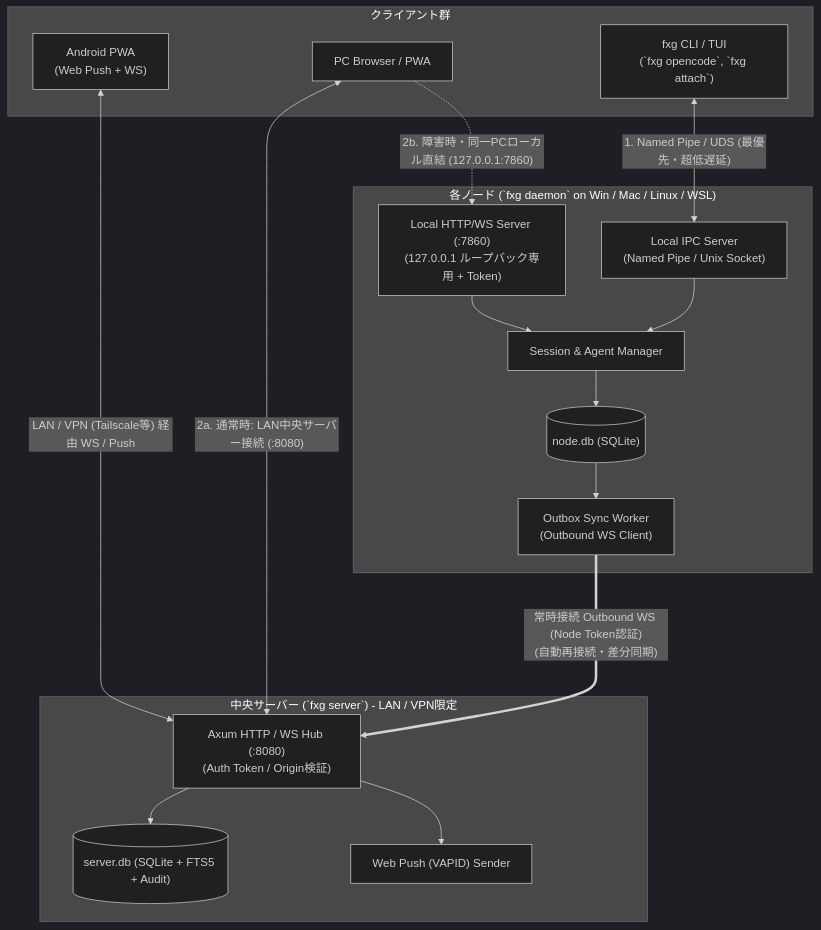
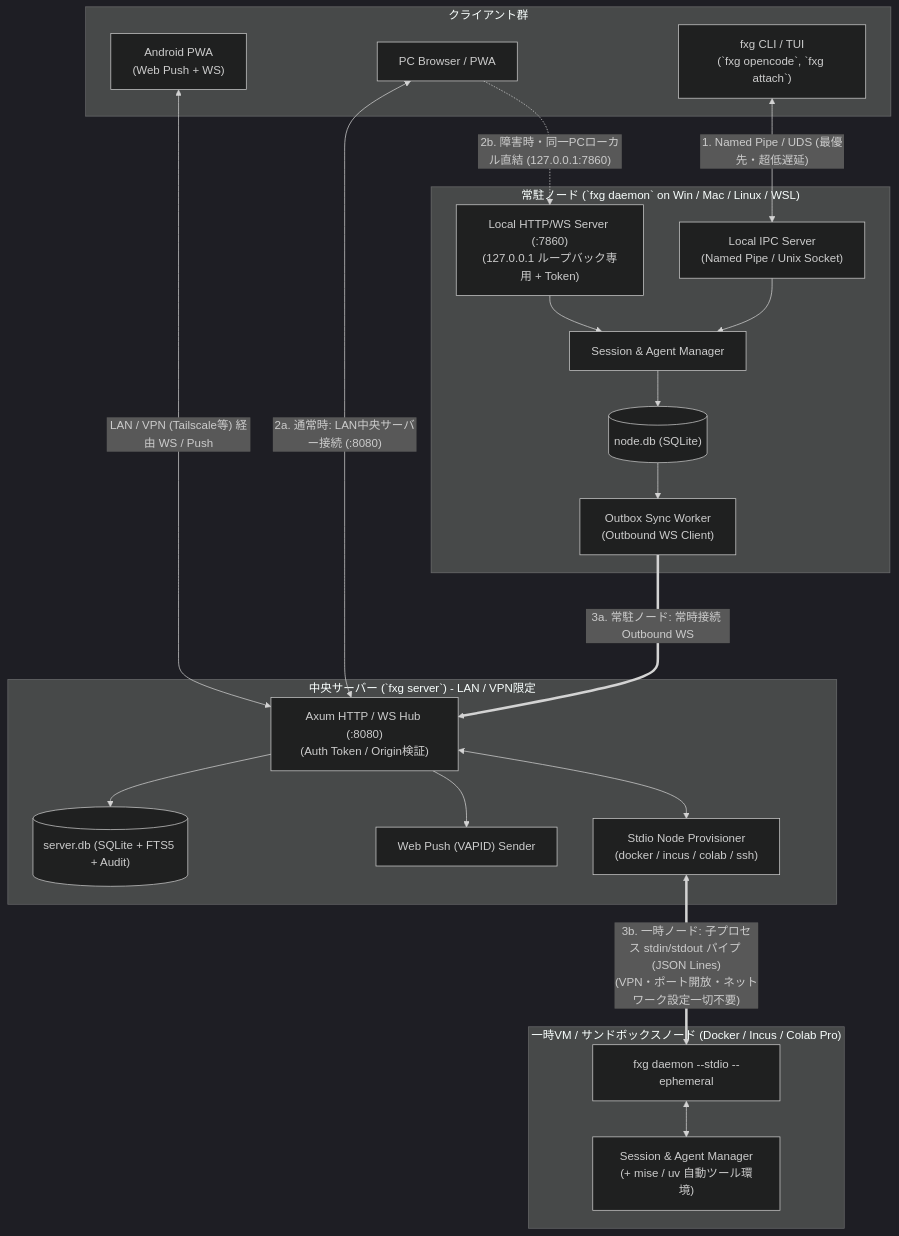
Before and after one commit to nazo6/flexagent: the first of 3 diagrams in docs/01-architecture-and-sync.md, drawn with Mermaid (dark theme). The commit also changed other lines of this file and 5 other files, not shown here.

````diff
--- a/docs/01-architecture-and-sync.md
+++ b/docs/01-architecture-and-sync.md
@@ -10,35 +10,44 @@
 ```mermaid
 flowchart TB
     subgraph Clients["クライアント群"]
         AndroidPWA["Android PWA<br/>(Web Push + WS)"]
         Browser["PC Browser / PWA"]
         CLI["fxg CLI / TUI<br/>(`fxg opencode`, `fxg attach`)"]
     end
 
     subgraph Central["中央サーバー (`fxg server`) - LAN / VPN限定"]
         Hub["Axum HTTP / WS Hub (:8080)<br/>(Auth Token / Origin検証)"]
+        Prov["Stdio Node Provisioner<br/>(docker / incus / colab / ssh)"]
         Push["Web Push (VAPID) Sender"]
         ServerDB[("server.db (SQLite + FTS5 + Audit)")]
         Hub --> ServerDB
         Hub --> Push
+        Hub <--> Prov
     end
 
-    subgraph Node["各ノード (`fxg daemon` on Win / Mac / Linux / WSL)"]
+    subgraph Node["常駐ノード (`fxg daemon` on Win / Mac / Linux / WSL)"]
         LocalAPI["Local HTTP/WS Server (:7860)<br/>(127.0.0.1 ループバック専用 + Token)"]
         LocalIPC["Local IPC Server<br/>(Named Pipe / Unix Socket)"]
         SyncWorker["Outbox Sync Worker<br/>(Outbound WS Client)"]
         SessionMgr["Session & Agent Manager"]
         NodeDB[("node.db (SQLite)")]
 
         LocalIPC --> SessionMgr
         LocalAPI --> SessionMgr
         SessionMgr --> NodeDB
         NodeDB --> SyncWorker
     end
 
+    subgraph EphemeralNode["一時VM / サンドボックスノード (Docker / Incus / Colab Pro)"]
+        EphDaemon["fxg daemon --stdio --ephemeral"]
+        EphAgent["Session & Agent Manager<br/>(+ mise / uv 自動ツール環境)"]
+        EphDaemon <--> EphAgent
+    end
+
     CLI <-->|"1. Named Pipe / UDS (最優先・超低遅延)"| LocalIPC
     Browser <-->|"2a. 通常時: LAN中央サーバー接続 (:8080)"| Hub
     Browser -.->|"2b. 障害時・同一PCローカル直結 (127.0.0.1:7860)"| LocalAPI
     AndroidPWA <-->|"LAN / VPN (Tailscale等) 経由 WS / Push"| Hub
-    SyncWorker ===>|"常時接続 Outbound WS (Node Token認証)<br/>(自動再接続・差分同期)"| Hub
+    SyncWorker ===>|"3a. 常駐ノード: 常時接続 Outbound WS"| Hub
+    Prov <==>|"3b. 一時ノード: 子プロセス stdin/stdout パイプ (JSON Lines)<br/>(VPN・ポート開放・ネットワーク設定一切不要)"| EphDaemon
 ```
````
